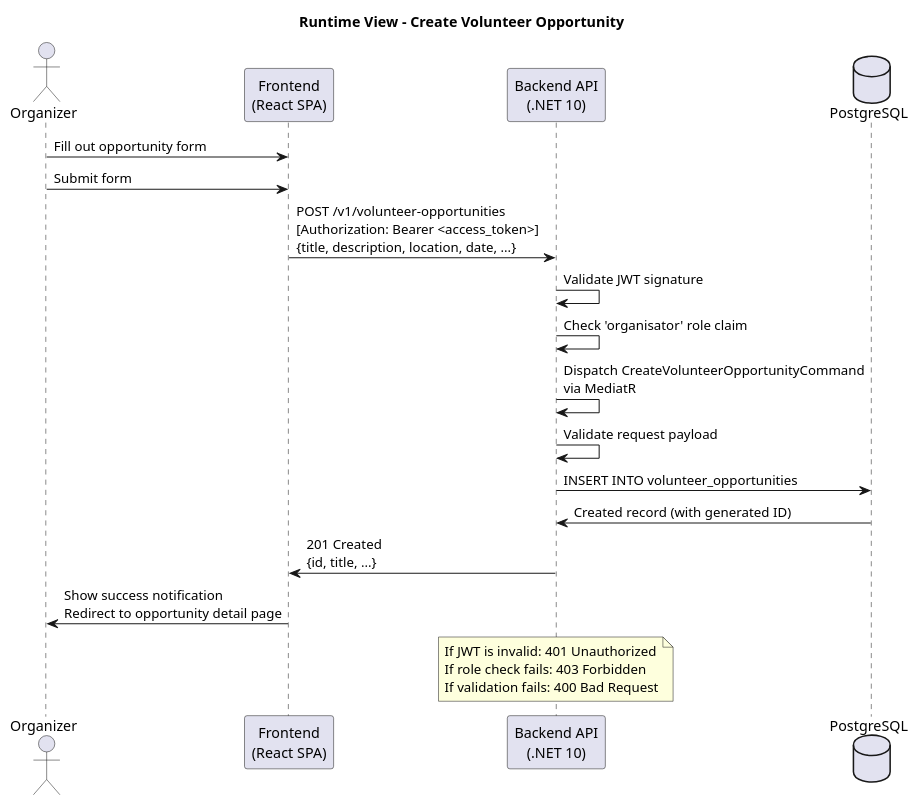
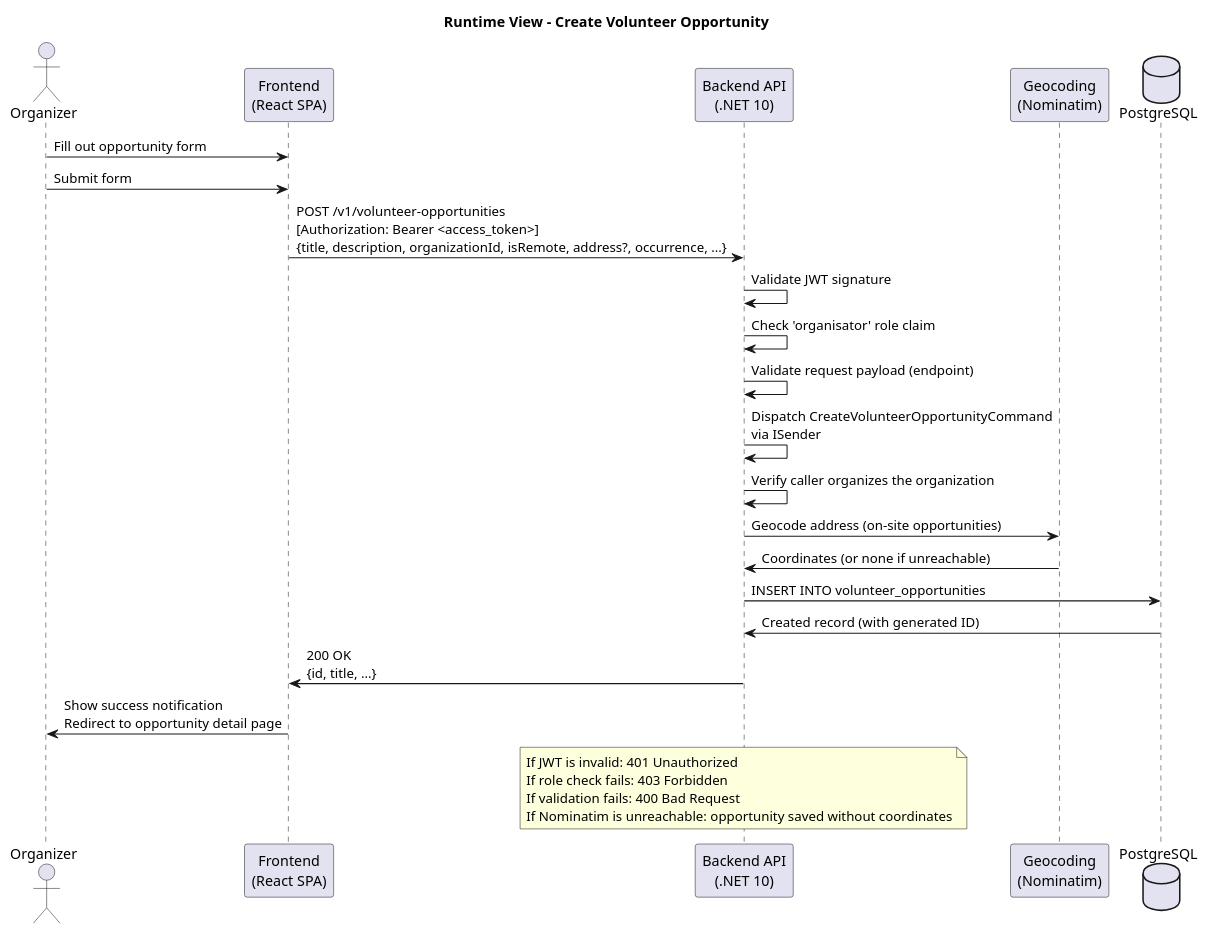
Before and after one commit to maik-hasler/einsatzbereit: the diagram in docs/Architecture/images/runtime-create.puml, drawn with PlantUML. The commit also changed 27 other files, not shown here.

```diff
--- a/docs/Architecture/images/runtime-create.puml
+++ b/docs/Architecture/images/runtime-create.puml
@@ -1,28 +1,33 @@
 @startuml Create Volunteer Opportunity
 
 title Runtime View - Create Volunteer Opportunity
 
 actor "Organizer" as organizer
 participant "Frontend\n(React SPA)" as frontend
 participant "Backend API\n(.NET 10)" as backend
+participant "Geocoding\n(Nominatim)" as geocoding
 database "PostgreSQL" as db
 
 organizer -> frontend: Fill out opportunity form
 organizer -> frontend: Submit form
-frontend -> backend: POST /v1/volunteer-opportunities\n[Authorization: Bearer <access_token>]\n{title, description, location, date, ...}
+frontend -> backend: POST /v1/volunteer-opportunities\n[Authorization: Bearer <access_token>]\n{title, description, organizationId, isRemote, address?, occurrence, ...}
 backend -> backend: Validate JWT signature
 backend -> backend: Check 'organisator' role claim
-backend -> backend: Dispatch CreateVolunteerOpportunityCommand\nvia MediatR
-backend -> backend: Validate request payload
+backend -> backend: Validate request payload (endpoint)
+backend -> backend: Dispatch CreateVolunteerOpportunityCommand\nvia ISender
+backend -> backend: Verify caller organizes the organization
+backend -> geocoding: Geocode address (on-site opportunities)
+geocoding -> backend: Coordinates (or none if unreachable)
 backend -> db: INSERT INTO volunteer_opportunities
 db -> backend: Created record (with generated ID)
-backend -> frontend: 201 Created\n{id, title, ...}
+backend -> frontend: 200 OK\n{id, title, ...}
 frontend -> organizer: Show success notification\nRedirect to opportunity detail page
 
 note over backend
 	If JWT is invalid: 401 Unauthorized
 	If role check fails: 403 Forbidden
 	If validation fails: 400 Bad Request
+	If Nominatim is unreachable: opportunity saved without coordinates
 end note
 
 @enduml
```
